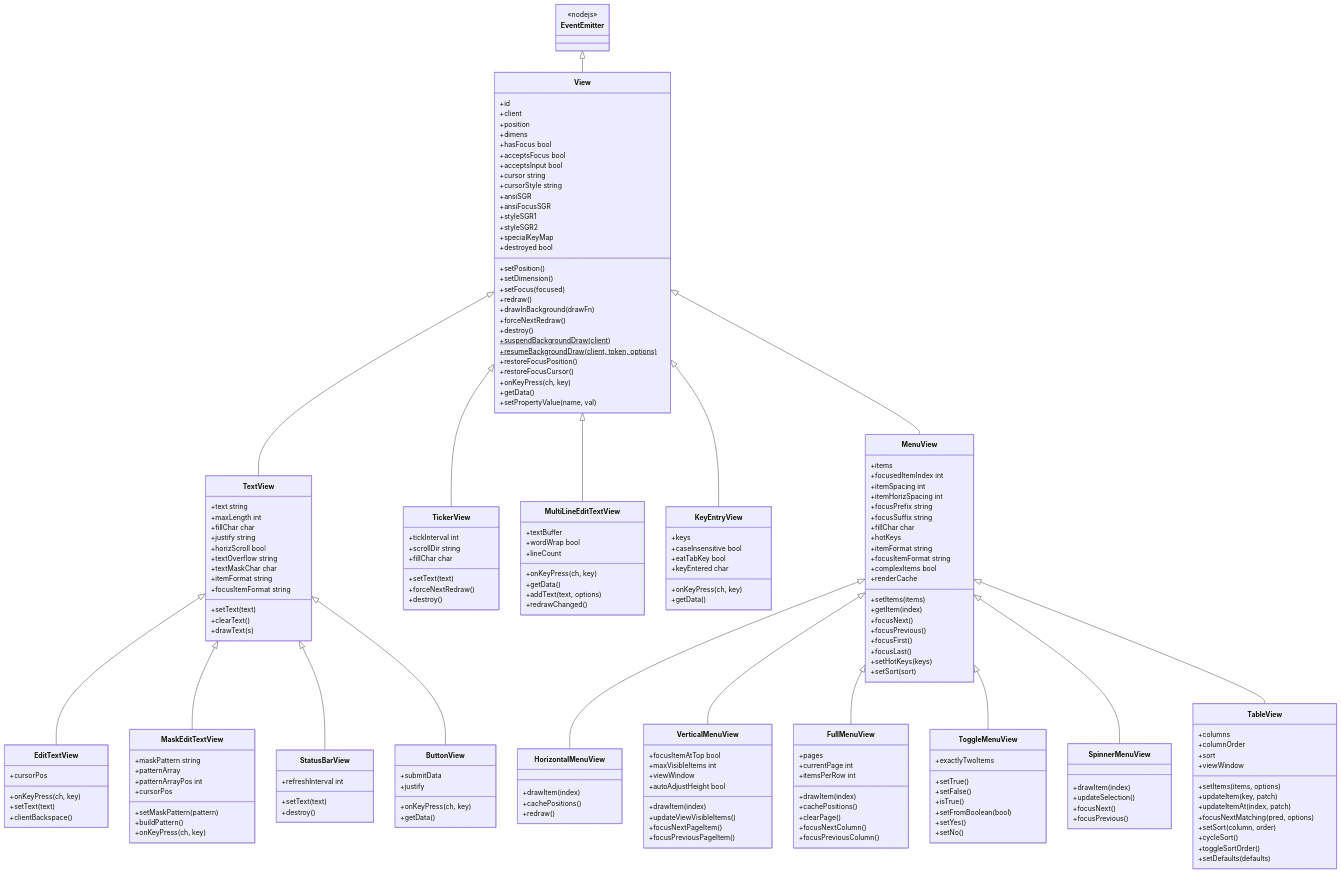
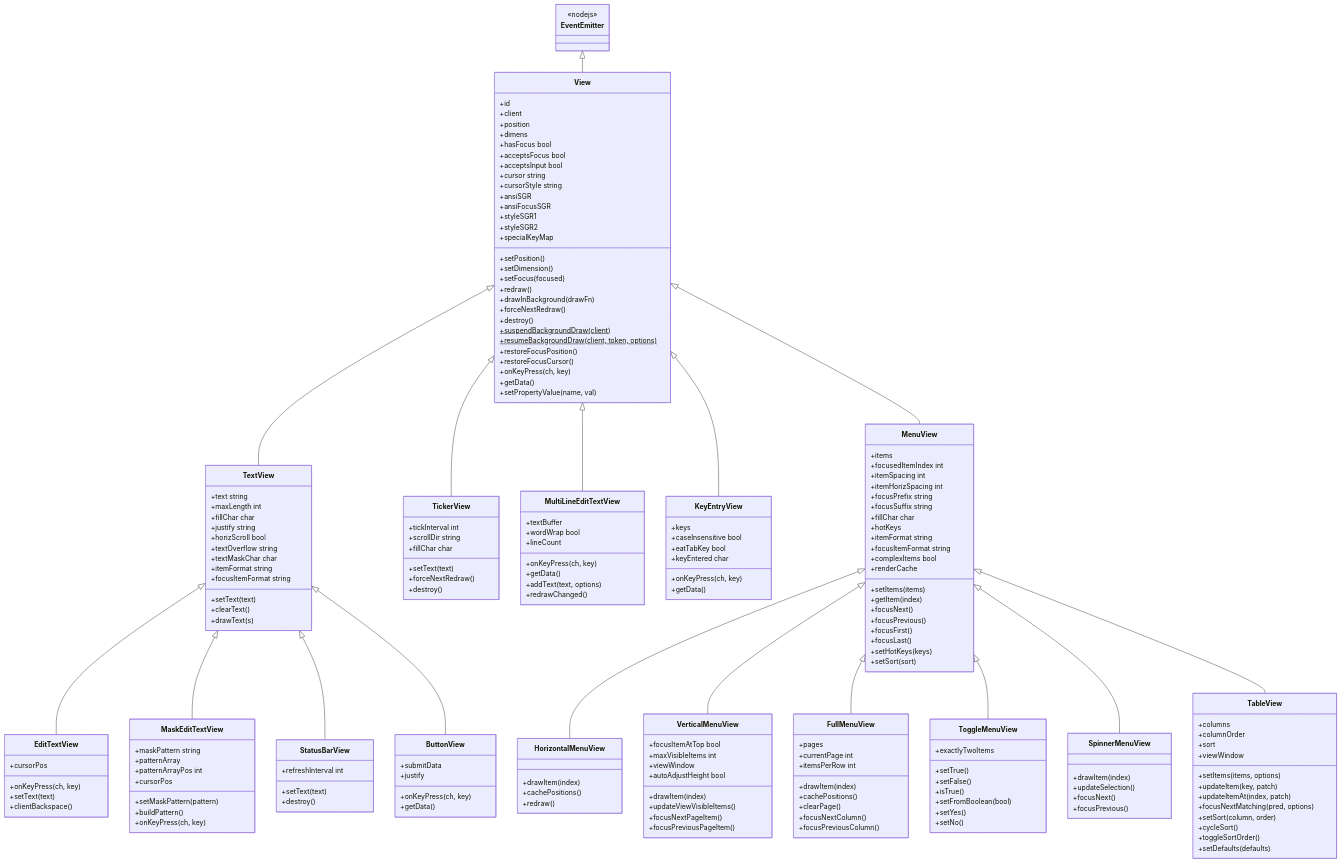
One commit to NuSkooler/enigma-bbs changed the diagram in website/src/content/docs/art/views/views.md. Above: the diagram before and after it, drawn with Mermaid. The commit also changed other lines of this file and 3 other files, not shown here.

```diff
--- a/website/src/content/docs/art/views/views.md
+++ b/website/src/content/docs/art/views/views.md
@@ -168,7 +168,6 @@
         +setDimension()
         +setFocus(focused)
         +redraw()
-        +destroyed bool
         +drawInBackground(drawFn)
         +forceNextRedraw()
         +destroy()
```
